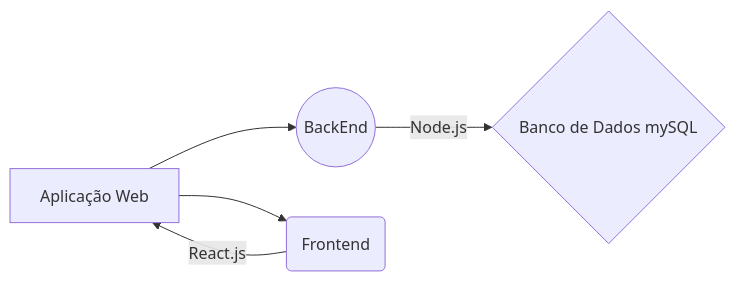
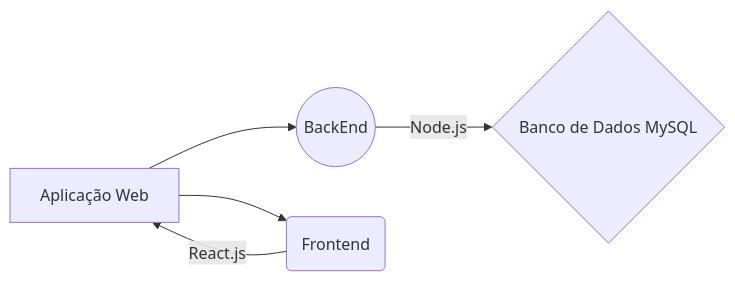
The diagram in README.md (Renn4nn/lava-rapido), drawn with Mermaid before and after one commit. The commit also changed other lines of this file, not shown here.

````diff
--- a/README.md
+++ b/README.md
@@ -135,7 +182,7 @@
 ```mermaid
 graph LR
 A[Aplicação Web] --> B((BackEnd))
 A --> C(Frontend)
-B -- Node.js --> D{Banco de Dados mySQL}
+B -- Node.js --> D{Banco de Dados MySQL}
 C -- React.js --> A
 ```
````
